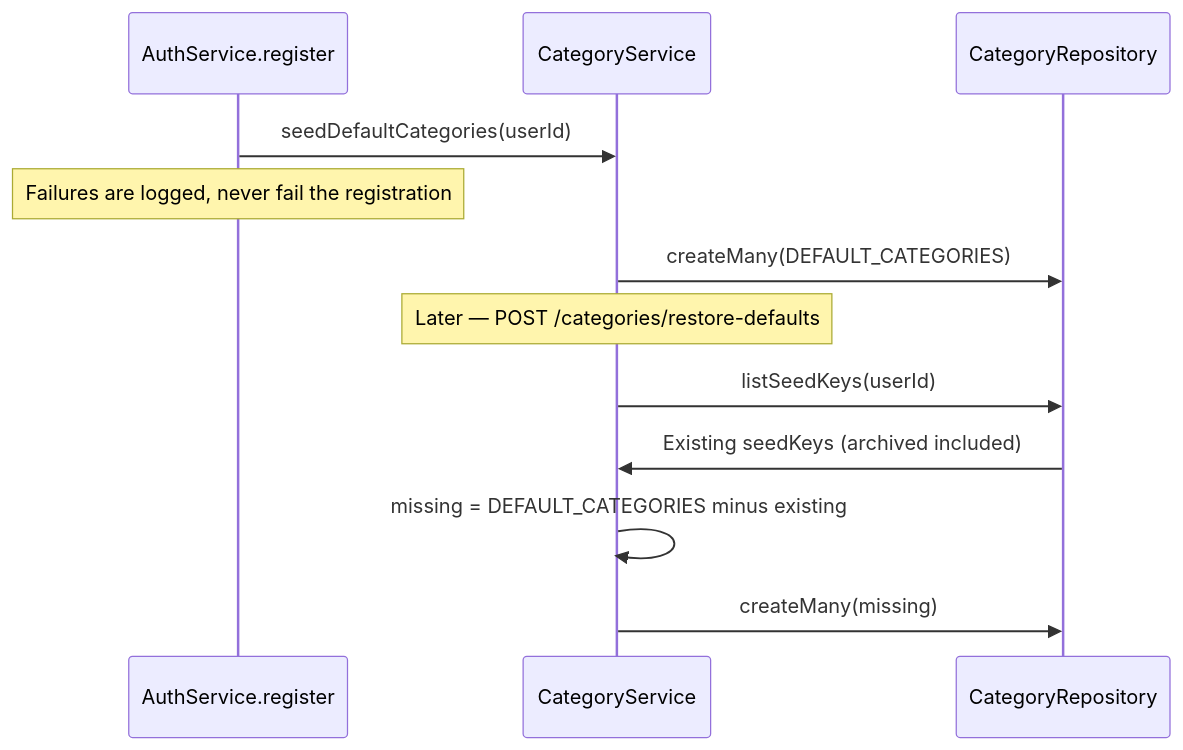
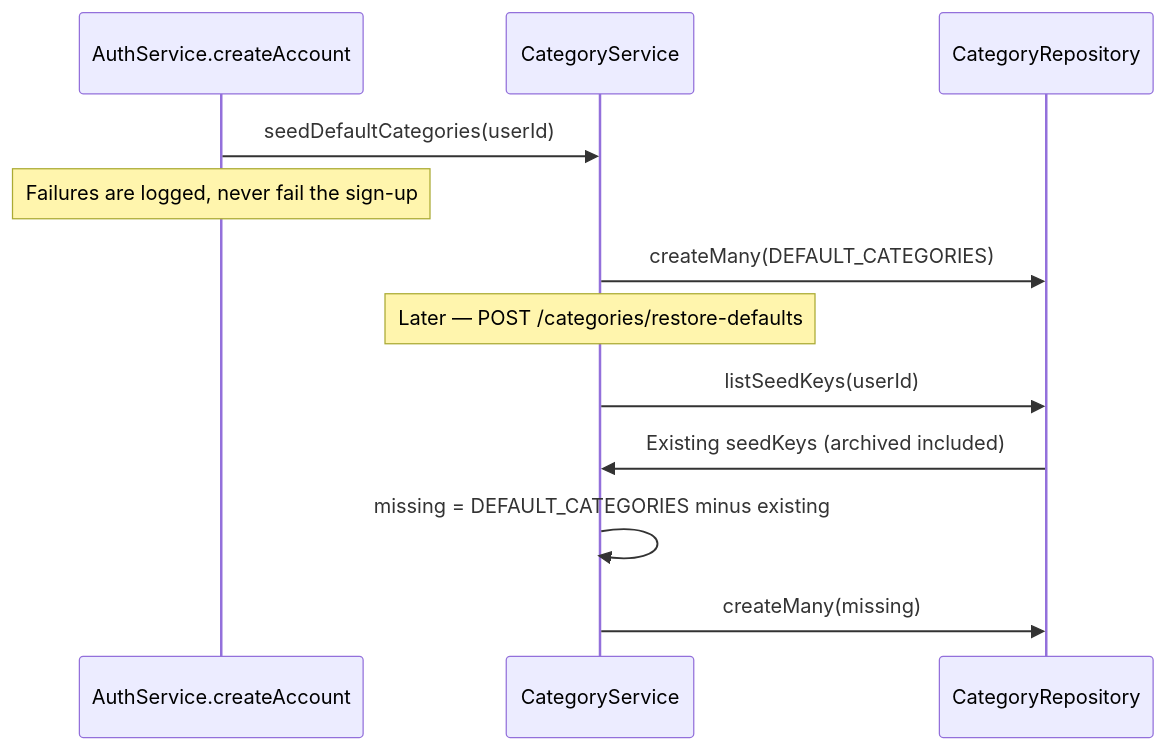
The second of 2 diagrams in docs/modules/categories.md (alex16jpv/lag-money-manager), drawn with Mermaid before and after one commit. The commit also changed other lines of this file and 53 other files, not shown here.

First line of the commit message:
feat(auth): remove the old POST /auth/register (T-248)

````diff
--- a/docs/modules/categories.md
+++ b/docs/modules/categories.md
@@ -106,16 +106,16 @@
 ```mermaid
 sequenceDiagram
-    participant AUTH as AuthService.register
+    participant AUTH as AuthService.createAccount
     participant SVC as CategoryService
     participant REPO as CategoryRepository
 
     AUTH->>SVC: seedDefaultCategories(userId)
-    Note over AUTH: Failures are logged, never fail the registration
+    Note over AUTH: Failures are logged, never fail the sign-up
     SVC->>REPO: createMany(DEFAULT_CATEGORIES)
 
     Note over SVC: Later — POST /categories/restore-defaults
     SVC->>REPO: listSeedKeys(userId)
     REPO->>SVC: Existing seedKeys (archived included)
     SVC->>SVC: missing = DEFAULT_CATEGORIES minus existing
     SVC->>REPO: createMany(missing)
 ```
````
